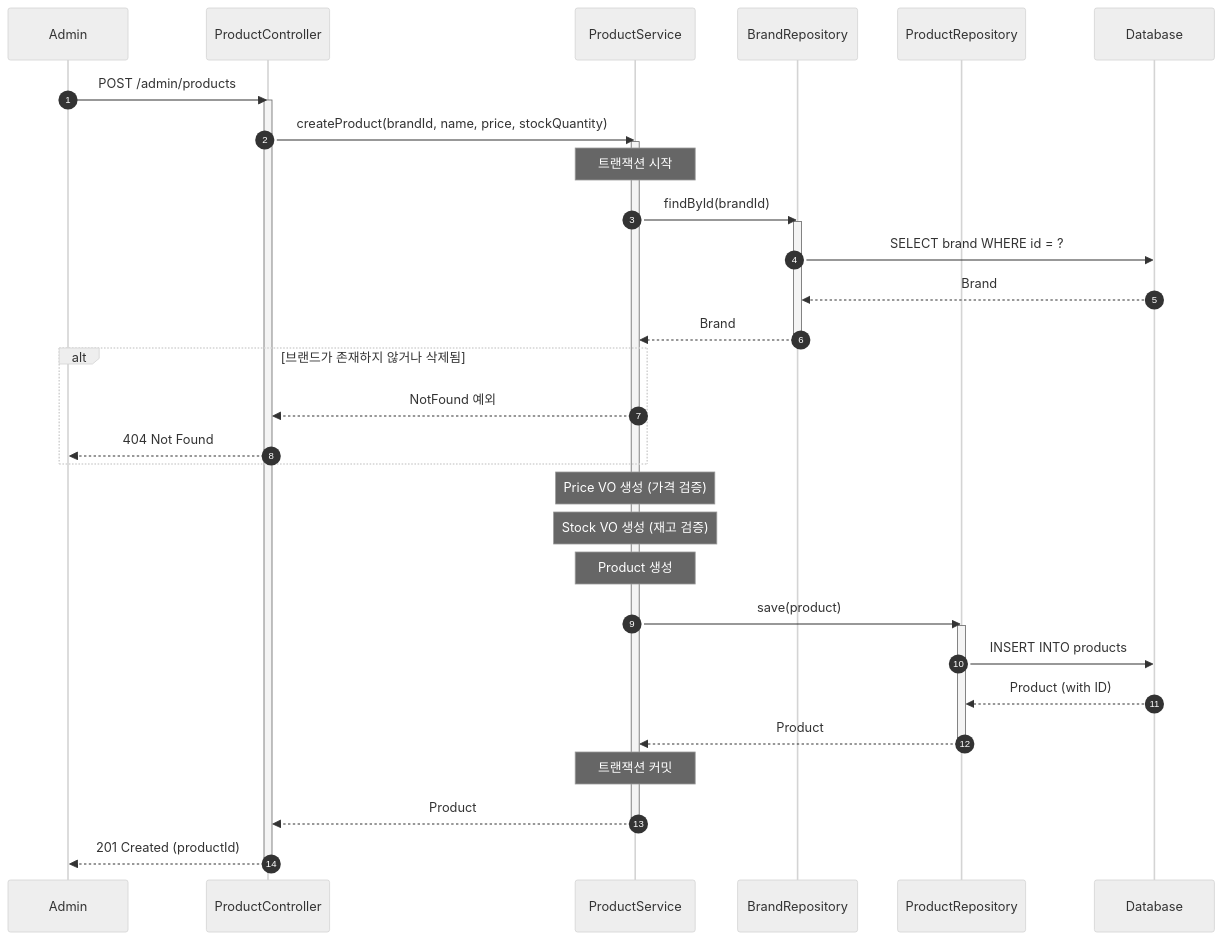
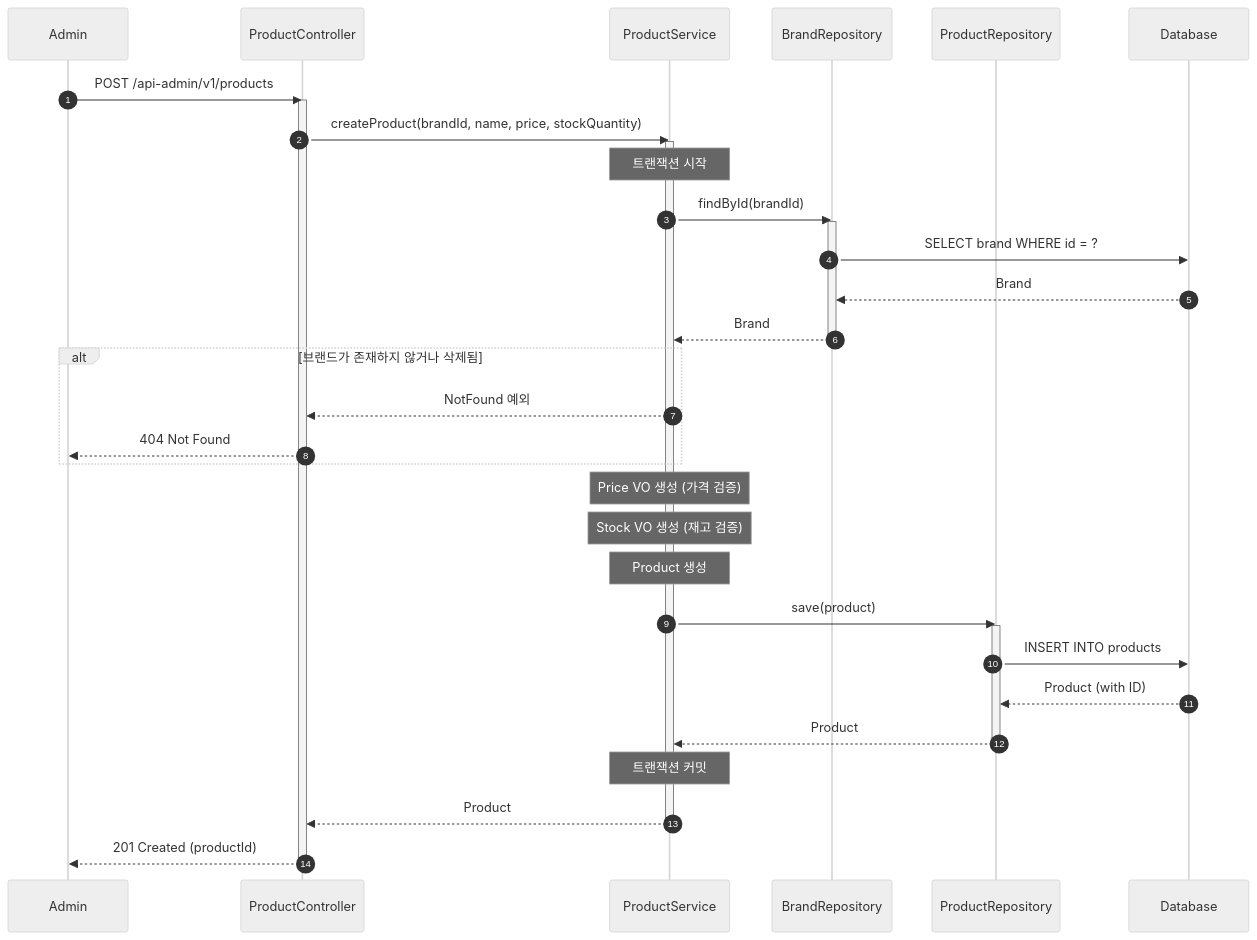
The fifth of 7 diagrams in docs/design/02-sequence-diagrams.md (Loopers-dev-lab/loop-pack-be-l2-vol3-java), drawn with Mermaid (neutral theme) before and after one commit. The commit also changed other lines of this file and 1 other file, not shown here.

````diff
--- a/docs/design/02-sequence-diagrams.md
+++ b/docs/design/02-sequence-diagrams.md
@@ -332,47 +334,47 @@
 ```mermaid
 sequenceDiagram
     autonumber
     participant Admin
     participant Controller as ProductController
     participant Service as ProductService
     participant BrandRepo as BrandRepository
     participant ProductRepo as ProductRepository
     participant DB as Database
 
-    Admin->>Controller: POST /admin/products
+    Admin->>Controller: POST /api-admin/v1/products
     activate Controller
     Controller->>Service: createProduct(brandId, name, price, stockQuantity)
     activate Service
 
     Note over Service: 트랜잭션 시작
 
     Service->>BrandRepo: findById(brandId)
     activate BrandRepo
     BrandRepo->>DB: SELECT brand WHERE id = ?
     DB-->>BrandRepo: Brand
     BrandRepo-->>Service: Brand
     deactivate BrandRepo
 
     alt 브랜드가 존재하지 않거나 삭제됨
         Service-->>Controller: NotFound 예외
         Controller-->>Admin: 404 Not Found
     end
 
     Note over Service: Price VO 생성 (가격 검증)
     Note over Service: Stock VO 생성 (재고 검증)
     Note over Service: Product 생성
 
     Service->>ProductRepo: save(product)
     activate ProductRepo
     ProductRepo->>DB: INSERT INTO products
     DB-->>ProductRepo: Product (with ID)
     ProductRepo-->>Service: Product
     deactivate ProductRepo
 
     Note over Service: 트랜잭션 커밋
 
     Service-->>Controller: Product
     deactivate Service
     Controller-->>Admin: 201 Created (productId)
     deactivate Controller
 ```
````
